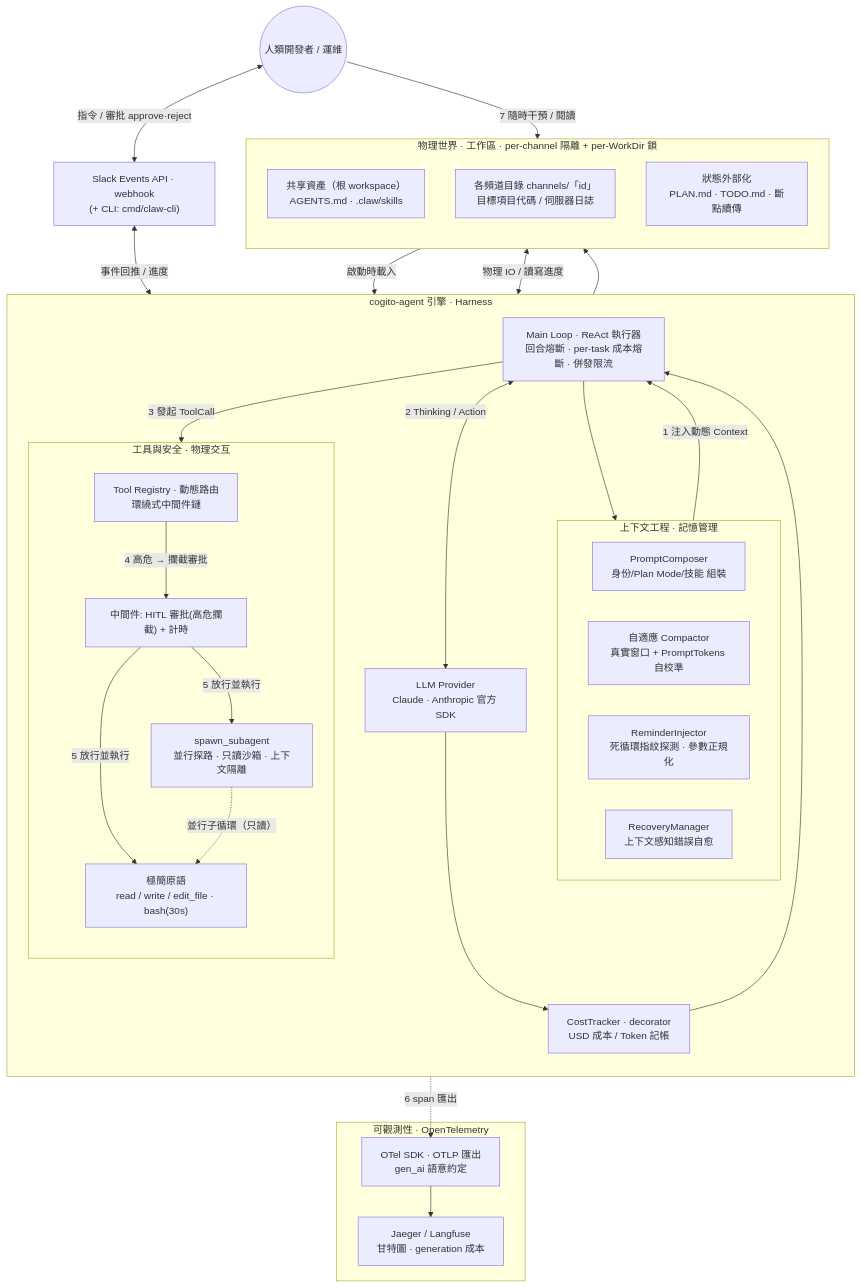
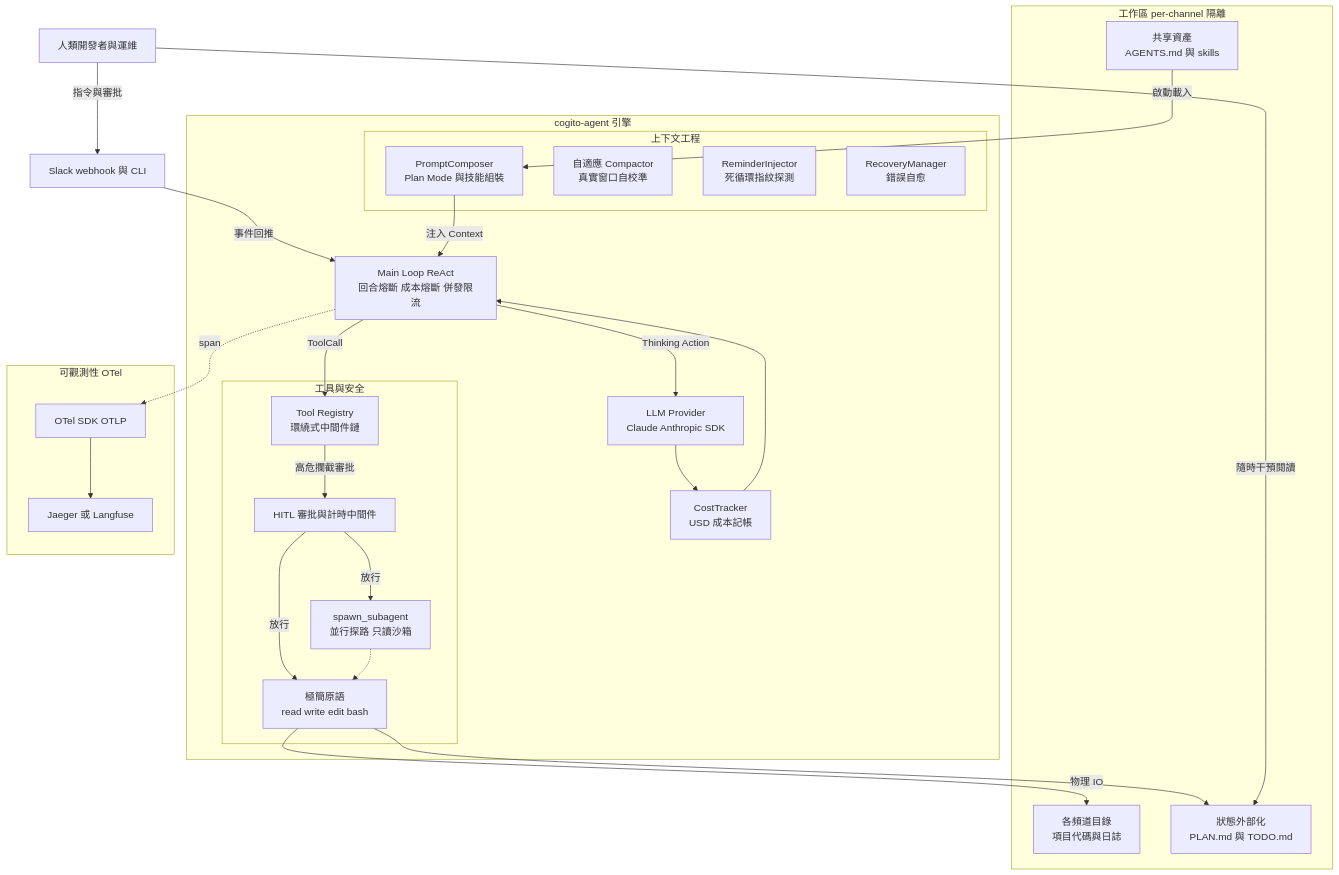
Before and after one commit to SIMPLYBOYS/cogito-agent: the diagram in README.md, drawn with Mermaid.

Commit message:
fix: README 架構圖改用穩健 Mermaid 語法（修 GitHub 渲染失敗）
GitHub dagre 對『跨子圖雙向帶標籤邊 + 邊標籤特殊字元』敏感，原圖報
『Could not find a suitable point for the given distance』無法渲染。重寫：
移除所有 <--> 雙向邊（改單向）、邊標籤去除 / · ( ) 「」 → 等特殊字元、拆開鏈式邊、
移除子圖內 direction 宣告、節點改純文字標籤。語意不變。

````diff
--- a/README.md
+++ b/README.md
@@ -36,57 +36,54 @@
 ```mermaid
 flowchart TB
-  HUMAN(("人類開發者 / 運維"))
-  IM["Slack Events API · webhook<br/>(+ CLI: cmd/claw-cli)"]
+  HUMAN["人類開發者與運維"]
+  IM["Slack webhook 與 CLI"]
 
-  subgraph ENGINE["cogito-agent 引擎 · Harness"]
-    direction TB
-    LLM["LLM Provider<br/>Claude · Anthropic 官方 SDK"]
-    COST["CostTracker · decorator<br/>USD 成本 / Token 記帳"]
-    LOOP["Main Loop · ReAct 執行器<br/>回合熔斷 · per-task 成本熔斷 · 併發限流"]
+  subgraph ENGINE["cogito-agent 引擎"]
+    LLM["LLM Provider<br/>Claude Anthropic SDK"]
+    COST["CostTracker<br/>USD 成本記帳"]
+    LOOP["Main Loop ReAct<br/>回合熔斷 成本熔斷 併發限流"]
 
-    subgraph CTX["上下文工程 · 記憶管理"]
-      direction LR
-      COMPOSER["PromptComposer<br/>身份/Plan Mode/技能 組裝"]
-      COMPACT["自適應 Compactor<br/>真實窗口 + PromptTokens 自校準"]
-      REMIND["ReminderInjector<br/>死循環指紋探測 · 參數正規化"]
-      RECOVER["RecoveryManager<br/>上下文感知錯誤自愈"]
+    subgraph CTX["上下文工程"]
+      COMPOSER["PromptComposer<br/>Plan Mode 與技能組裝"]
+      COMPACT["自適應 Compactor<br/>真實窗口自校準"]
+      REMIND["ReminderInjector<br/>死循環指紋探測"]
+      RECOVER["RecoveryManager<br/>錯誤自愈"]
     end
 
-    subgraph TZ["工具與安全 · 物理交互"]
-      direction TB
-      REG["Tool Registry · 動態路由<br/>環繞式中間件鏈"]
-      MW["中間件: HITL 審批(高危攔截) + 計時"]
-      PRIM["極簡原語<br/>read / write / edit_file · bash(30s)"]
-      SUB["spawn_subagent<br/>並行探路 · 只讀沙箱 · 上下文隔離"]
+    subgraph TZ["工具與安全"]
+      REG["Tool Registry<br/>環繞式中間件鏈"]
+      MW["HITL 審批與計時中間件"]
+      PRIM["極簡原語<br/>read write edit bash"]
+      SUB["spawn_subagent<br/>並行探路 只讀沙箱"]
     end
   end
 
-  subgraph WS["物理世界 · 工作區 · per-channel 隔離 + per-WorkDir 鎖"]
-    direction TB
-    ASSETS["共享資產（根 workspace）<br/>AGENTS.md · .claw/skills"]
-    PROJ["各頻道目錄 channels/「id」<br/>目標項目代碼 / 伺服器日誌"]
-    STATE["狀態外部化<br/>PLAN.md · TODO.md · 斷點續傳"]
+  subgraph WS["工作區 per-channel 隔離"]
+    ASSETS["共享資產<br/>AGENTS.md 與 skills"]
+    PROJ["各頻道目錄<br/>項目代碼與日誌"]
+    STATE["狀態外部化<br/>PLAN.md 與 TODO.md"]
   end
 
-  subgraph OBS["可觀測性 · OpenTelemetry"]
-    OTEL["OTel SDK · OTLP 匯出<br/>gen_ai 語意約定"]
-    BACKEND["Jaeger / Langfuse<br/>甘特圖 · generation 成本"]
+  subgraph OBS["可觀測性 OTel"]
+    OTEL["OTel SDK OTLP"]
+    BACKEND["Jaeger 或 Langfuse"]
   end
 
-  COMPOSER -->|"1 注入動態 Context"| LOOP
-  LOOP <-->|"2 Thinking / Action"| LLM
-  LLM --> COST --> LOOP
-  LOOP -->|"3 發起 ToolCall"| REG
-  LOOP --> CTX
-  REG -->|"4 高危 → 攔截審批"| MW
-  MW -->|"5 放行並執行"| PRIM
-  MW -->|"5 放行並執行"| SUB
-  SUB -.->|"並行子循環（只讀）"| PRIM
-  ASSETS -->|"啟動時載入"| COMPOSER
-  PRIM <-->|"物理 IO / 讀寫進度"| PROJ
+  HUMAN -->|指令與審批| IM
+  IM -->|事件回推| LOOP
+  COMPOSER -->|注入 Context| LOOP
+  LOOP -->|Thinking Action| LLM
+  LLM --> COST
+  COST --> LOOP
+  LOOP -->|ToolCall| REG
+  REG -->|高危攔截審批| MW
+  MW -->|放行| PRIM
+  MW -->|放行| SUB
+  SUB -.-> PRIM
+  ASSETS -->|啟動載入| COMPOSER
+  PRIM -->|物理 IO| PROJ
   PRIM --> STATE
-  LOOP -.->|"6 span 匯出"| OTEL --> BACKEND
-  HUMAN <-->|"指令 / 審批 approve·reject"| IM
-  IM <-->|"事件回推 / 進度"| LOOP
-  HUMAN -->|"7 隨時干預 / 閱讀"| STATE
+  HUMAN -->|隨時干預閱讀| STATE
+  LOOP -.->|span| OTEL
+  OTEL --> BACKEND
 ```
````
